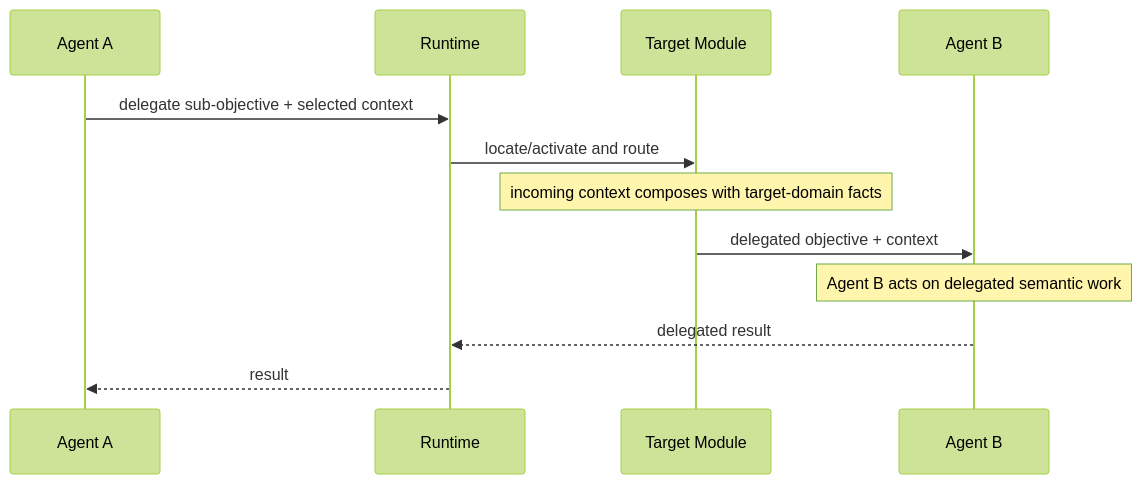
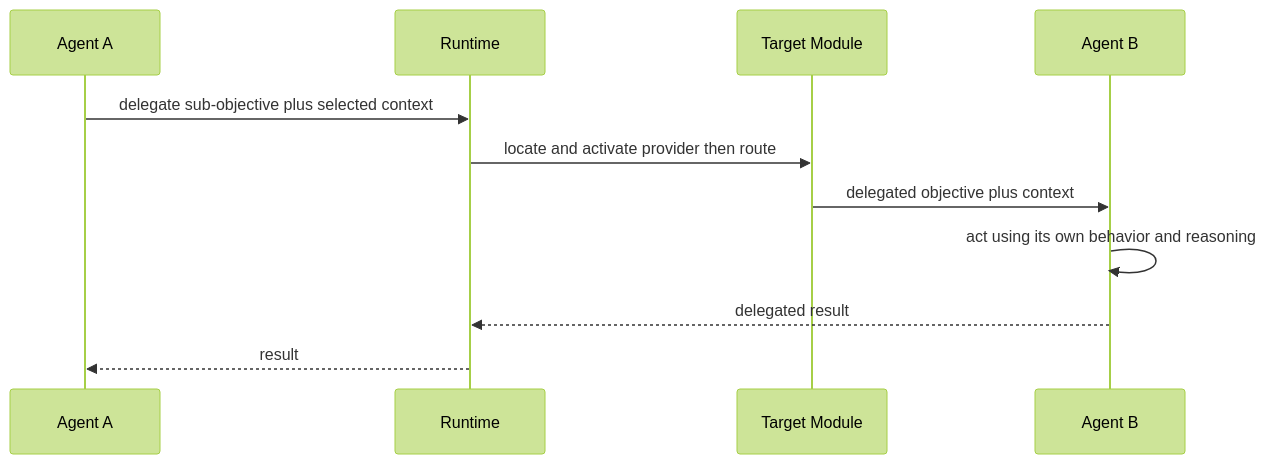
One commit to DidacLL/MADRE changed the eighth of 12 diagrams in docs/architecture/mid-level-architecture.md. Above: the diagram before and after it, drawn with Mermaid (forest theme). The commit also changed other lines of this file, not shown here.

Commit message:
docs: restore SPIRA contracts in mid-level architecture

````diff
--- a/docs/architecture/mid-level-architecture.md
+++ b/docs/architecture/mid-level-architecture.md
@@ -135,15 +369,14 @@
 ```mermaid
 sequenceDiagram
     participant A as Agent A
     participant R as Runtime
     participant M as Target Module
     participant B as Agent B
 
-    A->>R: delegate sub-objective + selected context
-    R->>M: locate/activate and route
-    Note over M: incoming context composes with target-domain facts
-    M->>B: delegated objective + context
-    Note over B: Agent B acts on delegated semantic work
+    A->>R: delegate sub-objective plus selected context
+    R->>M: locate and activate provider then route
+    M->>B: delegated objective plus context
+    B->>B: act using its own behavior and reasoning
     B-->>R: delegated result
     R-->>A: result
 ```
````
